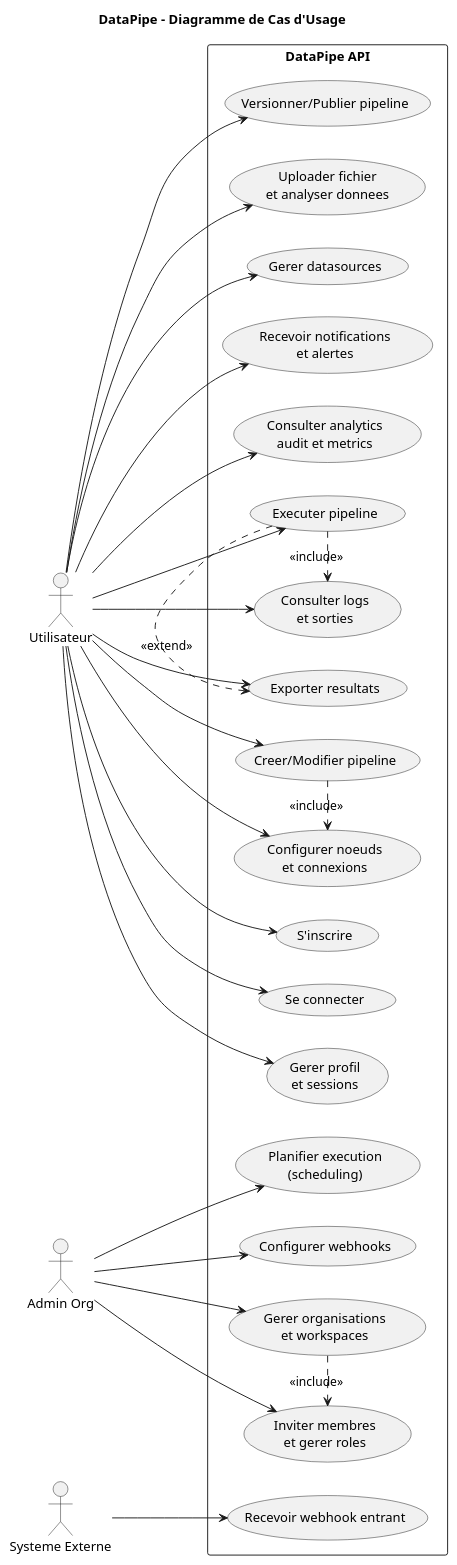
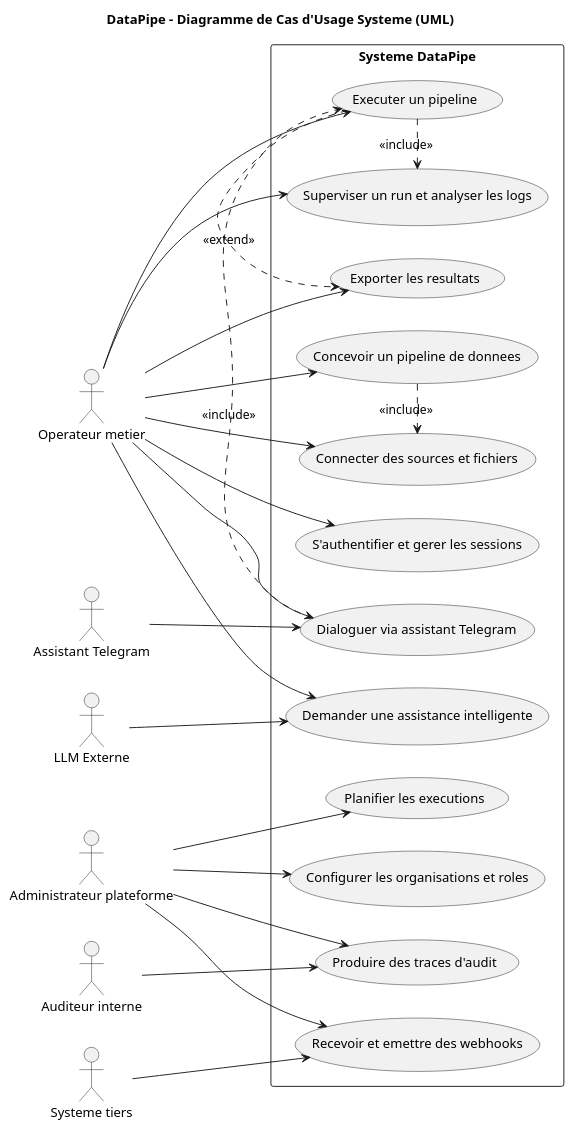
Before and after one commit to Delmat237/DataPipe---ETL-Visuel-pour-Pipelines-Bancaires: the diagram in analyses/03_use_cases.puml, drawn with PlantUML. The commit also changed 11 other files, not shown here.

First line of the commit message:
docs: refondre la modélisation UML en vue système

```diff
--- a/analyses/03_use_cases.puml
+++ b/analyses/03_use_cases.puml
@@ -1,63 +1,52 @@
 @startuml
-title DataPipe - Diagramme de Cas d'Usage
+title DataPipe - Diagramme de Cas d'Usage Systeme (UML)
 left to right direction
 skinparam shadowing false
 
-actor "Utilisateur" as User
-actor "Admin Org" as Admin
-actor "Systeme Externe" as External
+actor "Operateur metier" as Operateur
+actor "Administrateur plateforme" as Admin
+actor "Auditeur interne" as Auditeur
+actor "Assistant Telegram" as Telegram
+actor "LLM Externe" as LLM
+actor "Systeme tiers" as Tiers
 
-rectangle "DataPipe API" {
-  usecase "S'inscrire" as UC_Register
-  usecase "Se connecter" as UC_Login
-  usecase "Gerer profil\net sessions" as UC_Profile
-
-  usecase "Gerer organisations\net workspaces" as UC_Org
-  usecase "Inviter membres\net gerer roles" as UC_Roles
-
-  usecase "Creer/Modifier pipeline" as UC_Pipeline
-  usecase "Configurer noeuds\net connexions" as UC_Nodes
-  usecase "Versionner/Publier pipeline" as UC_Version
-
-  usecase "Uploader fichier\net analyser donnees" as UC_Upload
-  usecase "Gerer datasources" as UC_Datasource
-
-  usecase "Executer pipeline" as UC_Run
-  usecase "Consulter logs\net sorties" as UC_Logs
-  usecase "Exporter resultats" as UC_Export
-
-  usecase "Planifier execution\n(scheduling)" as UC_Schedule
-  usecase "Configurer webhooks" as UC_WebhookCfg
-  usecase "Recevoir webhook entrant" as UC_WebhookIn
-
-  usecase "Recevoir notifications\net alertes" as UC_Notify
-  usecase "Consulter analytics\naudit et metrics" as UC_Analytics
+rectangle "Systeme DataPipe" {
+  usecase "S'authentifier et gerer les sessions" as UC_Auth
+  usecase "Configurer les organisations et roles" as UC_Roles
+  usecase "Concevoir un pipeline de donnees" as UC_Design
+  usecase "Executer un pipeline" as UC_Run
+  usecase "Superviser un run et analyser les logs" as UC_Monitor
+  usecase "Exporter les resultats" as UC_Export
+  usecase "Planifier les executions" as UC_Schedule
+  usecase "Connecter des sources et fichiers" as UC_Sources
+  usecase "Dialoguer via assistant Telegram" as UC_Telegram
+  usecase "Demander une assistance intelligente" as UC_AI
+  usecase "Recevoir et emettre des webhooks" as UC_Webhooks
+  usecase "Produire des traces d'audit" as UC_Audit
 }
 
-User --> UC_Register
-User --> UC_Login
-User --> UC_Profile
-User --> UC_Pipeline
-User --> UC_Nodes
-User --> UC_Version
-User --> UC_Upload
-User --> UC_Datasource
-User --> UC_Run
-User --> UC_Logs
-User --> UC_Export
-User --> UC_Notify
-User --> UC_Analytics
+Operateur --> UC_Auth
+Operateur --> UC_Design
+Operateur --> UC_Run
+Operateur --> UC_Monitor
+Operateur --> UC_Export
+Operateur --> UC_Sources
+Operateur --> UC_Telegram
+Operateur --> UC_AI
 
-Admin --> UC_Org
 Admin --> UC_Roles
 Admin --> UC_Schedule
-Admin --> UC_WebhookCfg
+Admin --> UC_Webhooks
+Admin --> UC_Audit
 
-External --> UC_WebhookIn
+Auditeur --> UC_Audit
+Telegram --> UC_Telegram
+LLM --> UC_AI
+Tiers --> UC_Webhooks
 
-UC_Run .> UC_Logs : <<include>>
+UC_Run .> UC_Monitor : <<include>>
 UC_Run .> UC_Export : <<extend>>
-UC_Pipeline .> UC_Nodes : <<include>>
-UC_Org .> UC_Roles : <<include>>
+UC_Design .> UC_Sources : <<include>>
+UC_Telegram .> UC_Run : <<include>>
 
 @enduml
```
